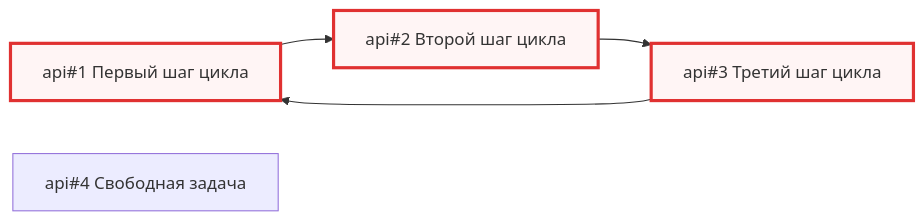
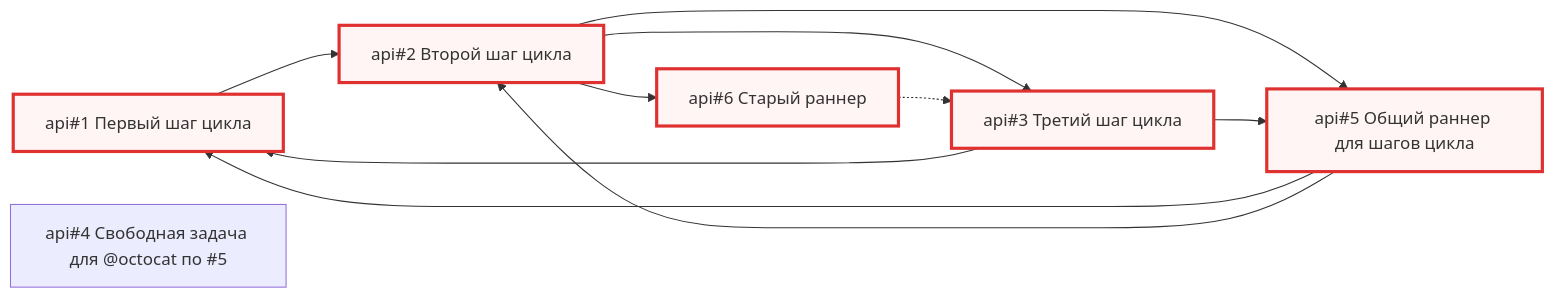
Before and after one commit to larchanka-training/dmc-268-ui-t6: the diagram in .agents/skills/issue-graph/tests/golden/cycle.md, drawn with Mermaid. The commit also changed other lines of this file and 10 other files, not shown here.

First line of the commit message:
test(agents): pin issue-graph paging, statuses and title escaping

````diff
--- a/.agents/skills/issue-graph/tests/golden/cycle.md
+++ b/.agents/skills/issue-graph/tests/golden/cycle.md
@@ -7,16 +7,24 @@
 ```mermaid
 flowchart LR
   api_1["api#35;1 Первый шаг цикла"]
   api_2["api#35;2 Второй шаг цикла"]
   api_3["api#35;3 Третий шаг цикла"]
-  api_4["api#35;4 Свободная задача"]
+  api_4["api#35;4 Свободная задача для @octocat по #35;5"]
+  api_5["api#35;5 Общий раннер для шагов цикла"]
+  api_6["api#35;6 Старый раннер"]
   api_1 --> api_2
   api_2 --> api_3
+  api_2 --> api_5
+  api_2 --> api_6
   api_3 --> api_1
+  api_3 --> api_5
+  api_5 --> api_1
+  api_5 --> api_2
+  api_6 -.-> api_3
   classDef done fill:#f1f3f5,stroke:#adb5bd,color:#868e96
   classDef progress fill:#e7f5ff,stroke:#1c7ed6
   classDef review fill:#fff9db,stroke:#f08c00
   classDef alarm fill:#fff5f5,stroke:#e03131,stroke-width:3px
   classDef external fill:#ffffff,stroke:#868e96,stroke-dasharray:5 5
-  class api_1,api_2,api_3 alarm
+  class api_1,api_2,api_3,api_5,api_6 alarm
 ```
````
